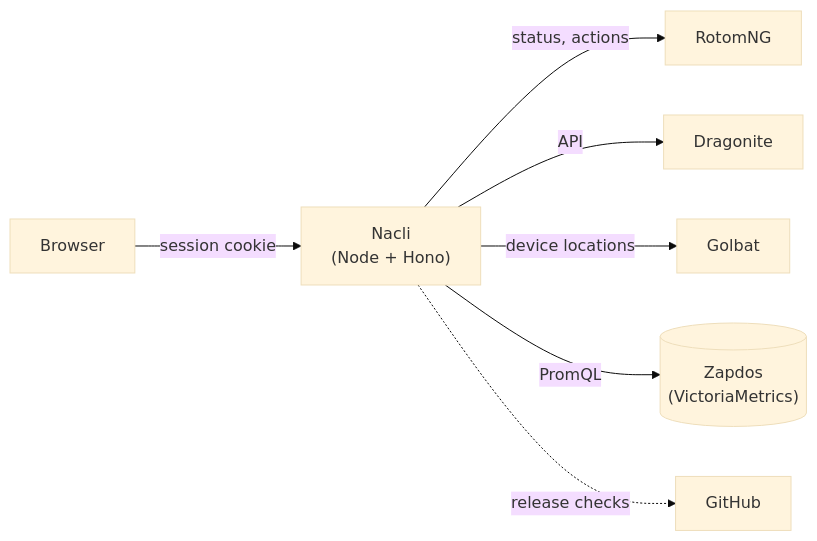
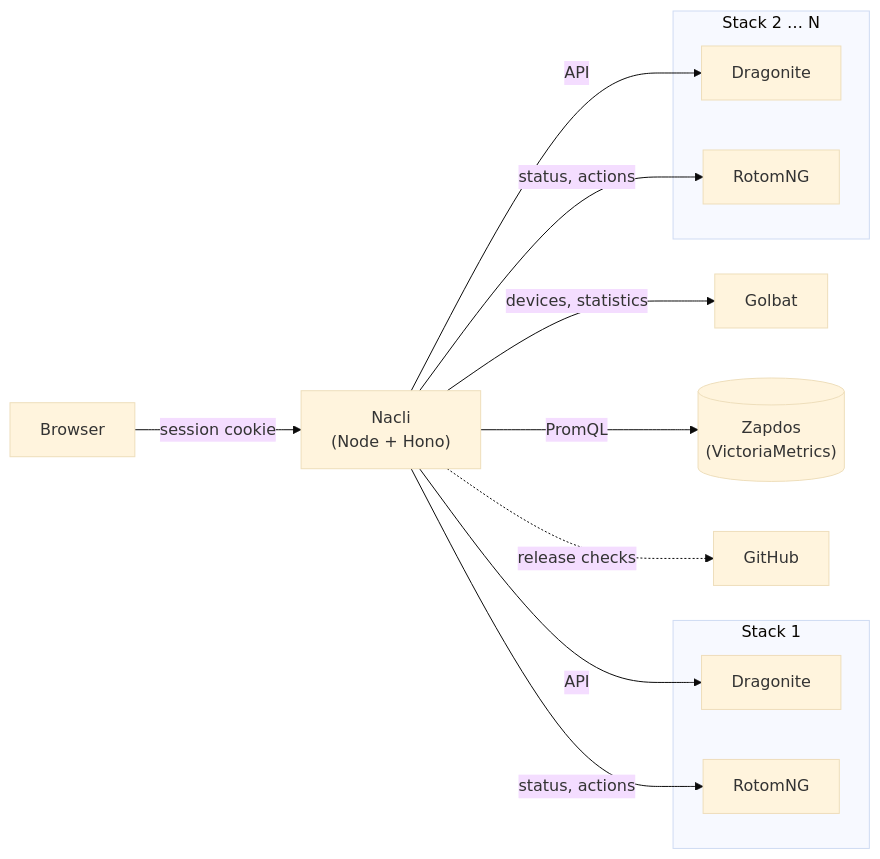
The diagram in README.md (prof-miles0/nacli), drawn with Mermaid (base theme) before and after one commit. The commit also changed other lines of this file and 10 other files, not shown here.

````diff
--- a/README.md
+++ b/README.md
@@ -252,9 +284,17 @@
 ```mermaid
 flowchart LR
     B["Browser"] -- "session cookie" --> N["Nacli<br/>(Node + Hono)"]
-    N -- "status, actions" --> R["RotomNG"]
-    N -- "API" --> D["Dragonite"]
-    N -- "device locations" --> G["Golbat"]
+    subgraph S1["Stack 1"]
+      D1["Dragonite"]
+      R1["RotomNG"]
+    end
+    subgraph S2["Stack 2 … N"]
+      D2["Dragonite"]
+      R2["RotomNG"]
+    end
+    N -- "API" --> D1 & D2
+    N -- "status, actions" --> R1 & R2
+    N -- "devices, statistics" --> G["Golbat"]
     N -- "PromQL" --> V[("Zapdos<br/>(VictoriaMetrics)")]
     N -. "release checks" .-> GH["GitHub"]
 ```
````
